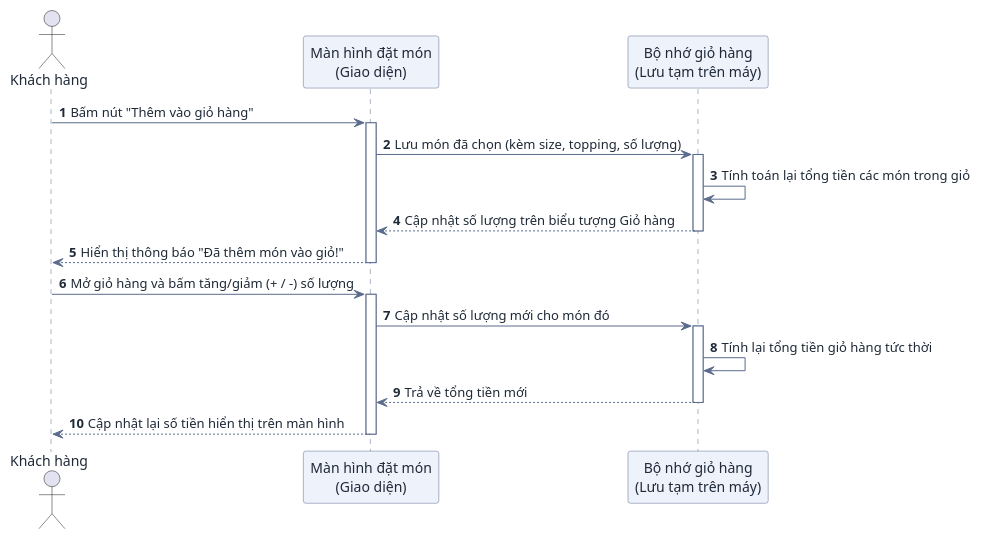
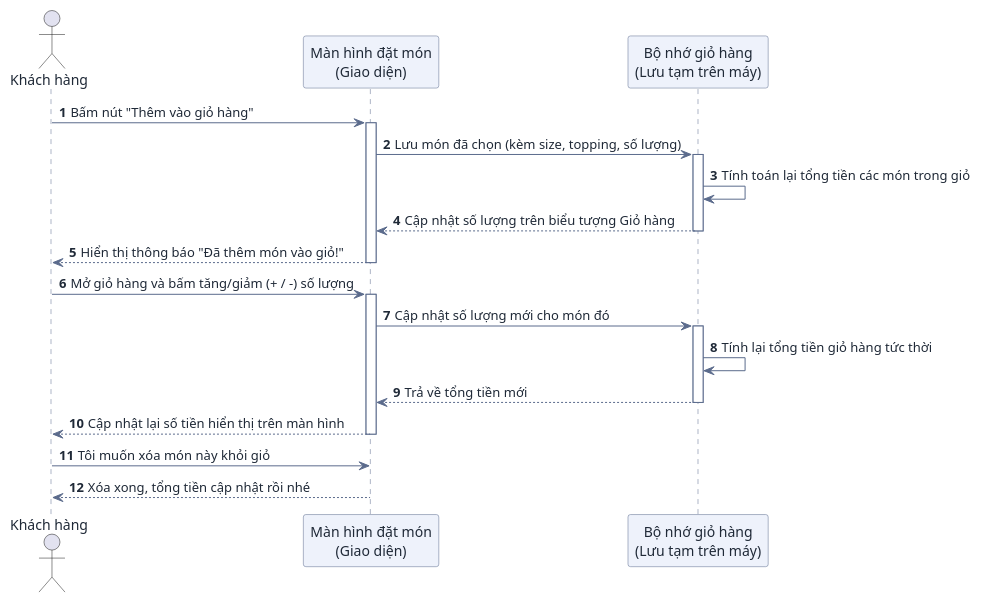
The second of 6 diagrams in docs/user-sequence-specifications.md (DuVinhLoi/BrewLite), drawn with PlantUML before and after one commit. The commit also changed other lines of this file and 1 other file, not shown here.

````diff
--- a/docs/user-sequence-specifications.md
+++ b/docs/user-sequence-specifications.md
@@ -131,36 +132,39 @@
 ```plantuml
 @startuml
 skinparam DefaultFontColor #1f2937
 skinparam ArrowColor #5b6b8c
 skinparam SequenceParticipantBackgroundColor #eef2fb
 skinparam SequenceParticipantBorderColor #5b6b8c
 skinparam SequenceLifeLineBorderColor #5b6b8c
 
 autonumber
 actor "Khách hàng" as User
 participant "Màn hình đặt món\n(Giao diện)" as UI
 participant "Bộ nhớ giỏ hàng\n(Lưu tạm trên máy)" as Cart
 
 User -> UI : Bấm nút "Thêm vào giỏ hàng"
 activate UI
 UI -> Cart : Lưu món đã chọn (kèm size, topping, số lượng)
 activate Cart
 
 Cart -> Cart : Tính toán lại tổng tiền các món trong giỏ
 Cart --> UI : Cập nhật số lượng trên biểu tượng Giỏ hàng
 deactivate Cart
 
 UI --> User : Hiển thị thông báo "Đã thêm món vào giỏ!"
 deactivate UI
 
 User -> UI : Mở giỏ hàng và bấm tăng/giảm (+ / -) số lượng
 activate UI
 UI -> Cart : Cập nhật số lượng mới cho món đó
 activate Cart
 Cart -> Cart : Tính lại tổng tiền giỏ hàng tức thời
 Cart --> UI : Trả về tổng tiền mới
 deactivate Cart
 UI --> User : Cập nhật lại số tiền hiển thị trên màn hình
 deactivate UI
+
+User -> UI : Tôi muốn xóa món này khỏi giỏ
+UI --> User : Xóa xong, tổng tiền cập nhật rồi nhé
 @enduml
 ```
````
